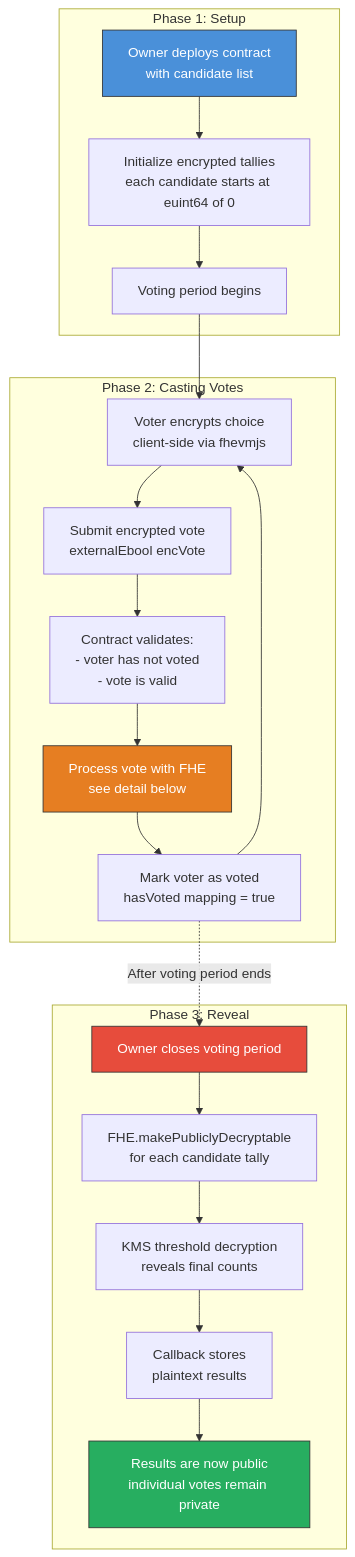
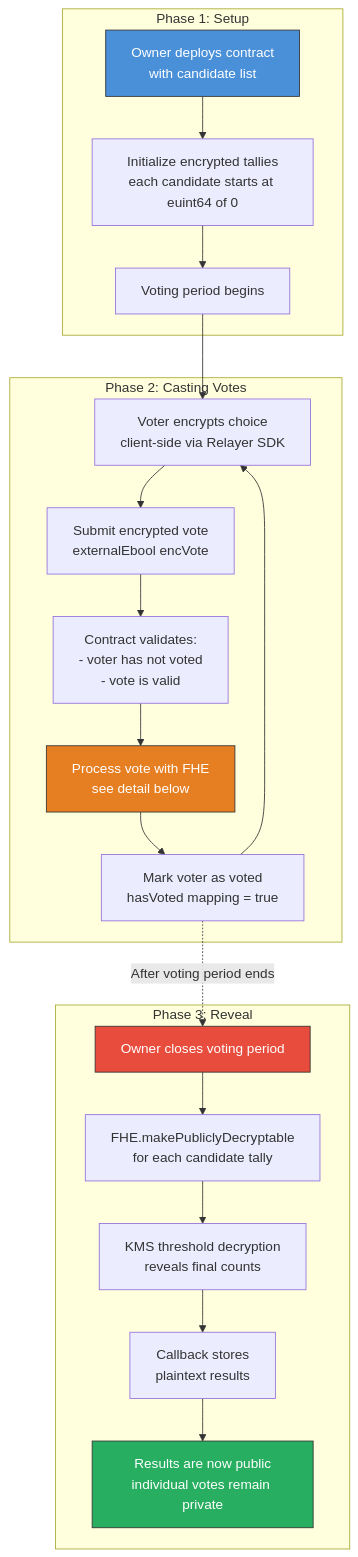
Before and after one commit to Himess/fhevm-bootcamp: the first of 4 diagrams in diagrams/voting-flow.md, drawn with Mermaid. The commit also changed 79 other files, not shown here.

First line of the commit message:
docs audit: 100% Zama v0.10 compatibility + Relayer SDK migration

````diff
--- a/diagrams/voting-flow.md
+++ b/diagrams/voting-flow.md
@@ -7,30 +7,30 @@
 ```mermaid
 graph TD
     subgraph "Phase 1: Setup"
         DEPLOY[Owner deploys contract<br/>with candidate list] --> INIT[Initialize encrypted tallies<br/>each candidate starts at euint64 of 0]
         INIT --> OPEN[Voting period begins]
     end
 
     subgraph "Phase 2: Casting Votes"
-        OPEN --> VOTER[Voter encrypts choice<br/>client-side via fhevmjs]
+        OPEN --> VOTER[Voter encrypts choice<br/>client-side via Relayer SDK]
         VOTER --> SUBMIT[Submit encrypted vote<br/>externalEbool encVote]
         SUBMIT --> VALIDATE[Contract validates:<br/>- voter has not voted<br/>- vote is valid]
         VALIDATE --> PROCESS[Process vote with FHE<br/>see detail below]
         PROCESS --> MARK[Mark voter as voted<br/>hasVoted mapping = true]
         MARK --> VOTER
     end
 
     subgraph "Phase 3: Reveal"
         CLOSE[Owner closes voting period] --> REQUEST[FHE.makePubliclyDecryptable<br/>for each candidate tally]
         REQUEST --> KMS[KMS threshold decryption<br/>reveals final counts]
         KMS --> CALLBACK[Callback stores<br/>plaintext results]
         CALLBACK --> PUBLIC[Results are now public<br/>individual votes remain private]
     end
 
     MARK -.->|After voting period ends| CLOSE
 
     style DEPLOY fill:#4a90d9,stroke:#333,color:#fff
     style PROCESS fill:#e67e22,stroke:#333,color:#fff
     style CLOSE fill:#e74c3c,stroke:#333,color:#fff
     style PUBLIC fill:#27ae60,stroke:#333,color:#fff
 ```
````
